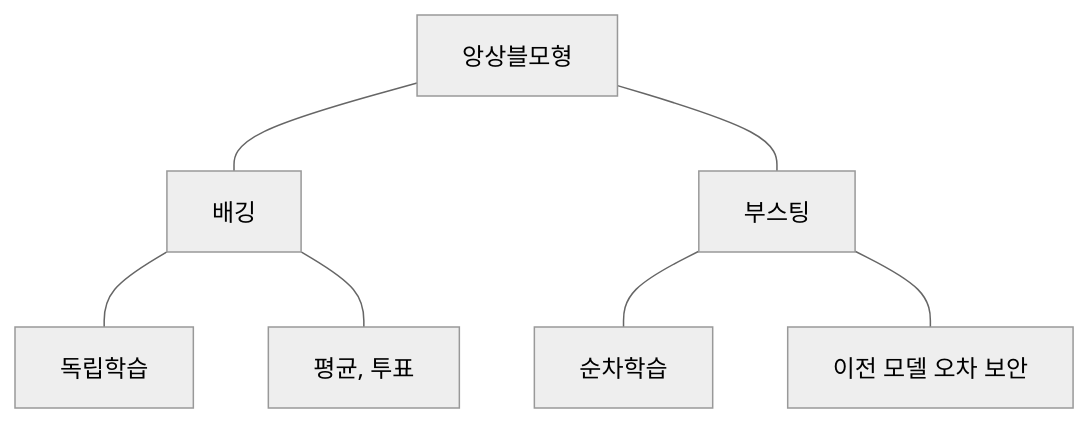
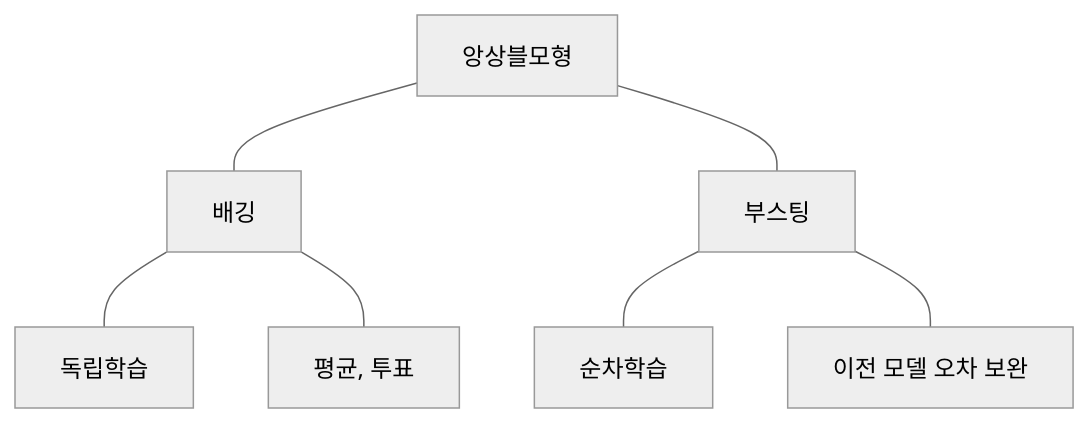
The first of 3 diagrams in blog/pe/algo/ensemble-model-bagging-and-boosting.md (gracefullight/gracefullight.github.io), drawn with Mermaid (neutral theme) before and after one commit. The commit also changed 42 other files, not shown here.

````diff
--- a/blog/pe/algo/ensemble-model-bagging-and-boosting.md
+++ b/blog/pe/algo/ensemble-model-bagging-and-boosting.md
@@ -13,8 +13,8 @@
 ```mermaid
 graph TB
   앙상블모형
   앙상블모형 --- 배깅 --- 독립학습
     배깅 --- 평균,투표[평균, 투표]
   앙상블모형 --- 부스팅 --- 순차학습
-    부스팅 --- 이전모델_오차보완[이전 모델 오차 보안]
+    부스팅 --- 이전모델_오차보완[이전 모델 오차 보완]
 ```
````
